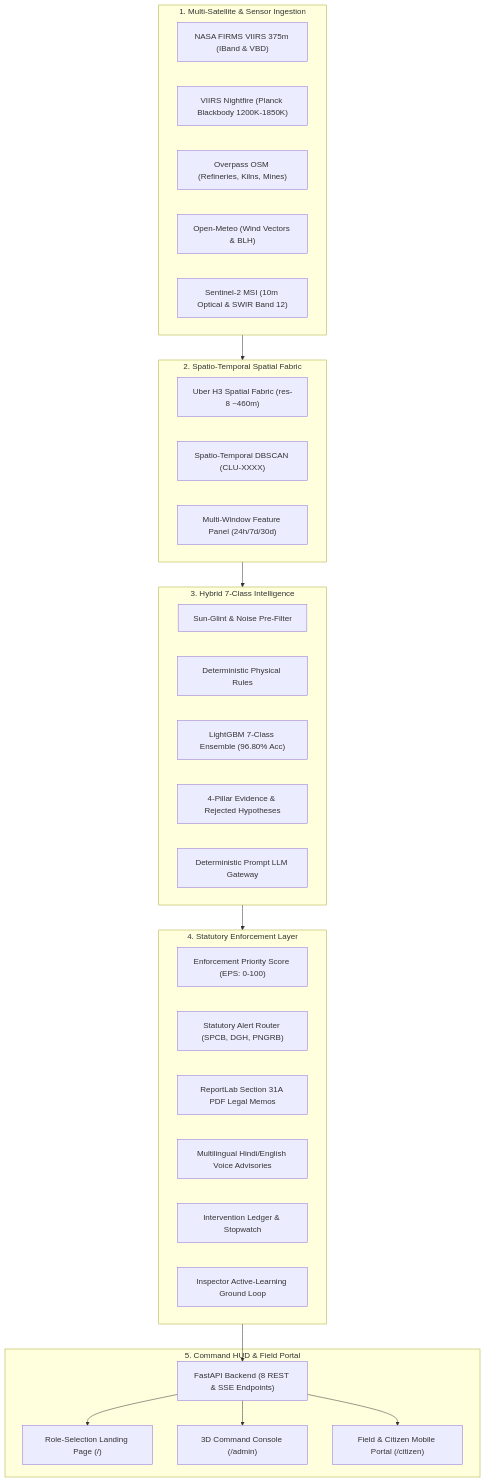
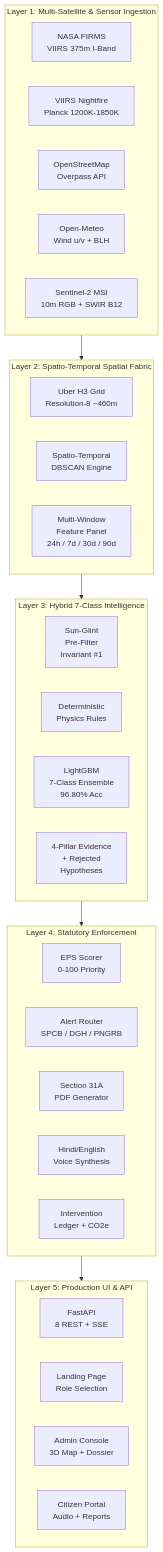
The first of 2 diagrams in README.md (Abhichy18/ThermalEye), drawn with Mermaid before and after one commit. The commit also changed other lines of this file, not shown here.

Commit message:
docs: world-class README with architecture diagrams, API reference, UI walkthrough, and full onboarding guide

````diff
--- a/README.md
+++ b/README.md
@@ -39,45 +125,45 @@
 ```mermaid
 flowchart TD
-    subgraph Ingestion["1. Multi-Satellite & Sensor Ingestion"]
-        VIIRS["NASA FIRMS VIIRS 375m (IBand & VBD)"]
-        VNF["VIIRS Nightfire (Planck Blackbody 1200K-1850K)"]
-        OSM["Overpass OSM (Refineries, Kilns, Mines)"]
-        WTH["Open-Meteo (Wind Vectors & BLH)"]
-        S2["Sentinel-2 MSI (10m Optical & SWIR Band 12)"]
+    subgraph INGEST["Layer 1: Multi-Satellite & Sensor Ingestion"]
+        direction LR
+        VIIRS["NASA FIRMS<br/>VIIRS 375m I-Band"]
+        VNF["VIIRS Nightfire<br/>Planck 1200K-1850K"]
+        OSM["OpenStreetMap<br/>Overpass API"]
+        WTH["Open-Meteo<br/>Wind u/v + BLH"]
+        S2["Sentinel-2 MSI<br/>10m RGB + SWIR B12"]
     end
 
-    subgraph CoreEngine["2. Spatio-Temporal Spatial Fabric"]
-        H3["Uber H3 Spatial Fabric (res-8 ~460m)"]
-        DBSCAN["Spatio-Temporal DBSCAN (CLU-XXXX)"]
-        PANEL["Multi-Window Feature Panel (24h/7d/30d)"]
+    subgraph SPATIAL["Layer 2: Spatio-Temporal Spatial Fabric"]
+        direction LR
+        H3["Uber H3 Grid<br/>Resolution-8 ~460m"]
+        DBSCAN_E["Spatio-Temporal<br/>DBSCAN Engine"]
+        PANEL["Multi-Window<br/>Feature Panel<br/>24h / 7d / 30d / 90d"]
     end
 
-    subgraph Intelligence["3. Hybrid 7-Class Intelligence"]
-        FILTER["Sun-Glint & Noise Pre-Filter"]
-        PHYSICS["Deterministic Physical Rules"]
-        LGB["LightGBM 7-Class Ensemble (96.80% Acc)"]
-        EVIDENCE["4-Pillar Evidence & Rejected Hypotheses"]
-        LLM["Deterministic Prompt LLM Gateway"]
+    subgraph INTEL["Layer 3: Hybrid 7-Class Intelligence"]
+        direction LR
+        GLINT["Sun-Glint<br/>Pre-Filter<br/>Invariant #1"]
+        PHYSICS["Deterministic<br/>Physics Rules"]
+        LGB["LightGBM<br/>7-Class Ensemble<br/>96.80% Acc"]
+        EVIDENCE["4-Pillar Evidence<br/>+ Rejected<br/>Hypotheses"]
     end
 
-    subgraph Action["4. Statutory Enforcement Layer"]
-        EPS["Enforcement Priority Score (EPS: 0-100)"]
-        ROUTER["Statutory Alert Router (SPCB, DGH, PNGRB)"]
-        MEMO["ReportLab Section 31A PDF Legal Memos"]
-        AUDIO["Multilingual Hindi/English Voice Advisories"]
-        LEDGER["Intervention Ledger & Stopwatch"]
-        FEEDBACK["Inspector Active-Learning Ground Loop"]
+    subgraph ENFORCE["Layer 4: Statutory Enforcement"]
+        direction LR
+        EPS["EPS Scorer<br/>0-100 Priority"]
+        ROUTER["Alert Router<br/>SPCB / DGH / PNGRB"]
+        MEMO["Section 31A<br/>PDF Generator"]
+        AUDIO_E["Hindi/English<br/>Voice Synthesis"]
+        LEDGER_E["Intervention<br/>Ledger + CO2e"]
     end
 
-    subgraph Frontend["5. Command HUD & Field Portal"]
-        FASTAPI["FastAPI Backend (8 REST & SSE Endpoints)"]
-        LANDING["Role-Selection Landing Page (/)"]
-        ADMIN["3D Command Console (/admin)"]
-        CITIZEN["Field & Citizen Mobile Portal (/citizen)"]
+    subgraph UI["Layer 5: Production UI & API"]
+        direction LR
+        FASTAPI_E["FastAPI<br/>8 REST + SSE"]
+        LANDING["Landing Page<br/>Role Selection"]
+        ADMIN["Admin Console<br/>3D Map + Dossier"]
+        CITIZEN["Citizen Portal<br/>Audio + Reports"]
     end
 
-    Ingestion --> CoreEngine --> Intelligence --> Action --> FASTAPI
-    FASTAPI --> LANDING
-    FASTAPI --> ADMIN
-    FASTAPI --> CITIZEN
+    INGEST --> SPATIAL --> INTEL --> ENFORCE --> UI
 ```
````
